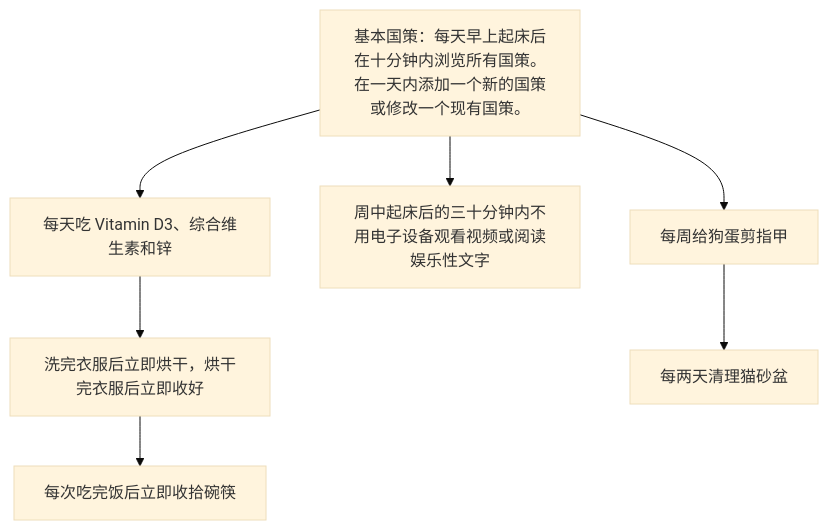
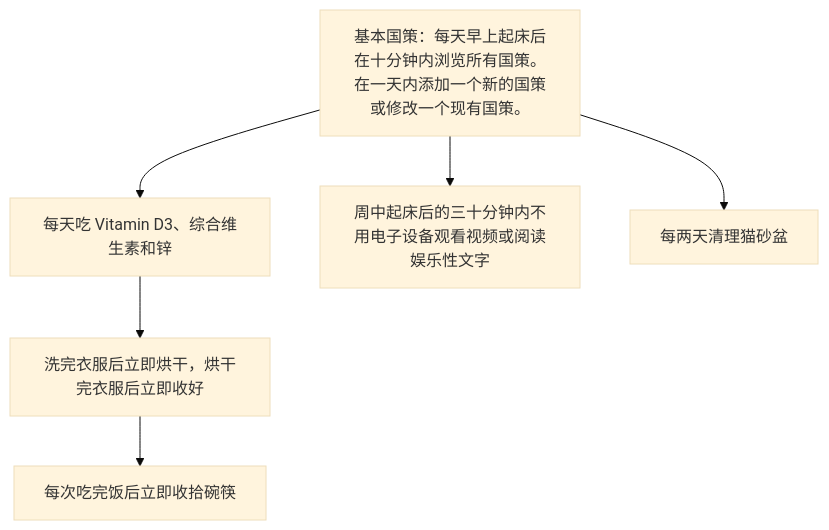
Before and after one commit to HeavyWhale/RSIP: the diagram in national_policies.mermaid, drawn with Mermaid (base theme).

```diff
--- a/national_policies.mermaid
+++ b/national_policies.mermaid
@@ -1,8 +1,7 @@
 graph TD
     A[基本国策：每天早上起床后在十分钟内浏览所有国策。在一天内添加一个新的国策或修改一个现有国策。]
     A --> B[每天吃 Vitamin D3、综合维生素和锌]
     B --> BA[洗完衣服后立即烘干，烘干完衣服后立即收好]
     BA --> BAA[每次吃完饭后立即收拾碗筷]
     A --> C[周中起床后的三十分钟内不用电子设备观看视频或阅读娱乐性文字]
-    A --> D[每周给狗蛋剪指甲]
-    D --> DA[每两天清理猫砂盆]
+    A --> D[每两天清理猫砂盆]
```
